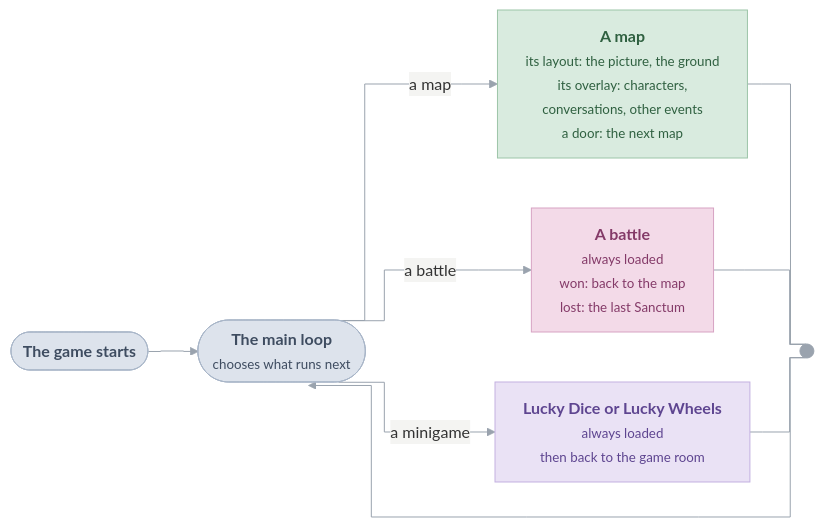
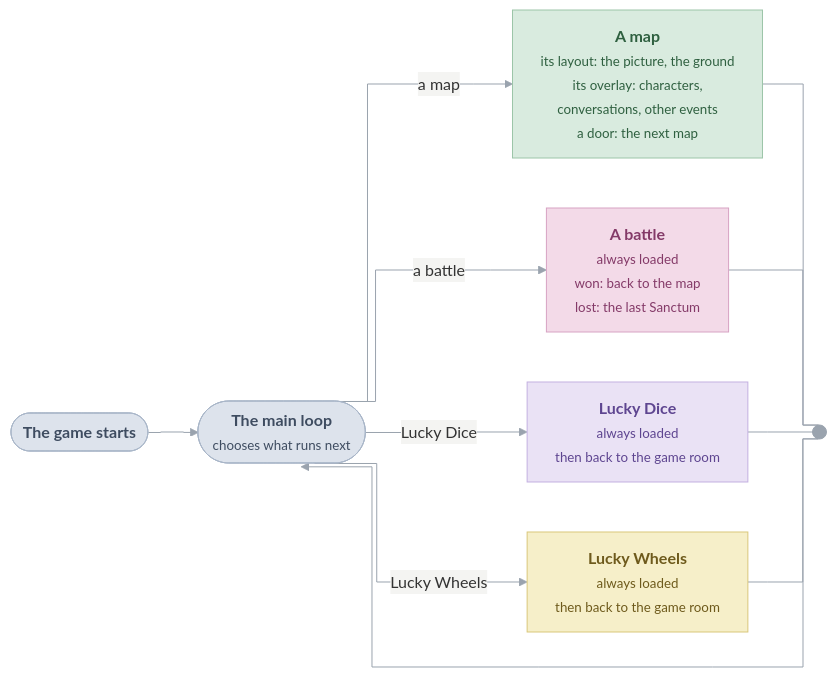
One commit to PascalPixel/alchemy changed the diagram in games/tbs/README.md. Above: the diagram before and after it, drawn with Mermaid.

Commit message:
Front page: the main loop's four choices, with Lucky Dice and Lucky Wheels apart as in Game_MainLoop

````diff
--- a/games/tbs/README.md
+++ b/games/tbs/README.md
@@ -29,23 +29,27 @@
 ```mermaid
 %%{init: {"theme": "base", "themeVariables": {"lineColor": "#9AA3AE", "edgeLabelBackground": "#F4F4F2"}, "flowchart": {"curve": "step", "padding": 14}}}%%
 flowchart LR
   start(["<b>The game starts</b>"]) --> loop(["<b>The main loop</b><br/><small>chooses what runs next</small>"])
   loop -- "a map" --> map["<b>A map</b><br/><small>its layout: the picture, the ground<br/>its overlay: characters,<br/>conversations, other events<br/>a door: the next map</small>"]
   loop -- "a battle" --> battle["<b>A battle</b><br/><small>always loaded<br/>won: back to the map<br/>lost: the last Sanctum</small>"]
-  loop -- "a minigame" --> mini["<b>Lucky Dice or Lucky Wheels</b><br/><small>always loaded<br/>then back to the game room</small>"]
+  loop -- "Lucky Dice" --> dice["<b>Lucky Dice</b><br/><small>always loaded<br/>then back to the game room</small>"]
+  loop -- "Lucky Wheels" --> wheels["<b>Lucky Wheels</b><br/><small>always loaded<br/>then back to the game room</small>"]
   map --- back(( ))
   battle --- back
-  mini --- back
+  dice --- back
+  wheels --- back
   back --> loop
   classDef flow fill:#DDE3EC,stroke:#A9B6C8,color:#3E4C60
   classDef place fill:#D9EBDF,stroke:#9CC5A8,color:#2F6040
   classDef fight fill:#F3DAE8,stroke:#D7A3C3,color:#843A68
-  classDef game fill:#EAE2F5,stroke:#C3B0E0,color:#5E4590
+  classDef dice fill:#EAE2F5,stroke:#C3B0E0,color:#5E4590
+  classDef wheels fill:#F6EFC9,stroke:#D9C77A,color:#6E5A1C
   classDef join fill:#9AA3AE,stroke:#9AA3AE
   class start,loop flow
   class map place
   class battle fight
-  class mini game
+  class dice dice
+  class wheels wheels
   class back join
   style back width:8px,height:8px
 ```
````
